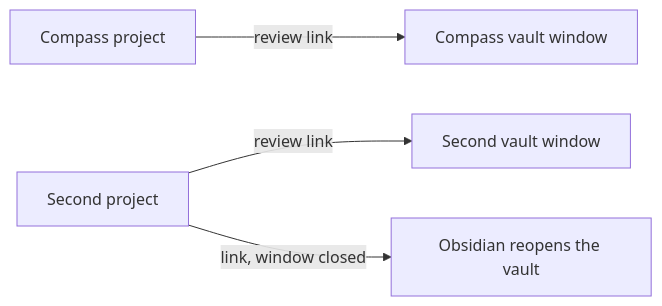
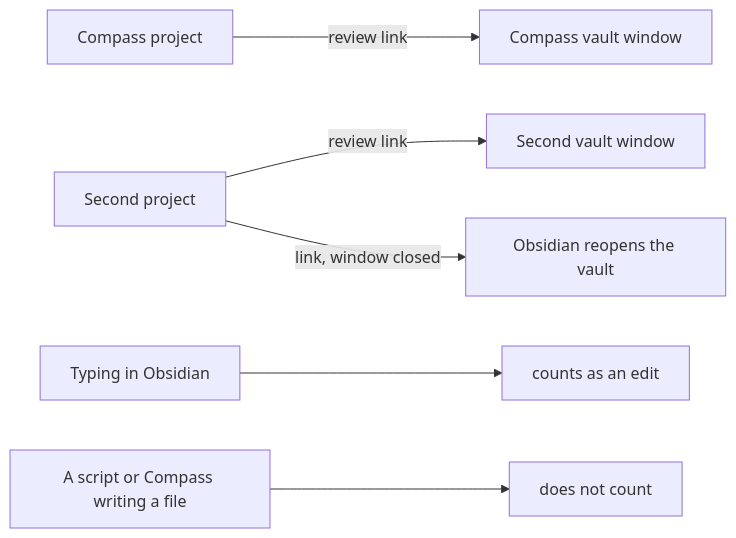
Before and after one commit to hodor/claude-compass: the diagram in .compass/research/human-surface/RESEARCH-review-live-checks.md, drawn with Mermaid. The commit also changed other lines of this file and 2 other files, not shown here.

Commit message:
TASK-209 live check: only typing in Obsidian fires the editor event that marks an edit

````diff
--- a/.compass/research/human-surface/RESEARCH-review-live-checks.md
+++ b/.compass/research/human-surface/RESEARCH-review-live-checks.md
@@ -18,6 +18,8 @@
 ```mermaid
 flowchart LR
   C[Compass project] -->|review link| OC[Compass vault window]
   S[Second project] -->|review link| OS[Second vault window]
   S -->|link, window closed| R[Obsidian reopens the vault]
+  T[Typing in Obsidian] --> E[counts as an edit]
+  X[A script or Compass writing a file] --> N[does not count]
 ```
````
